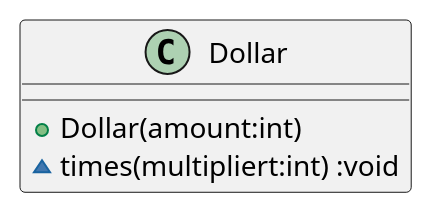
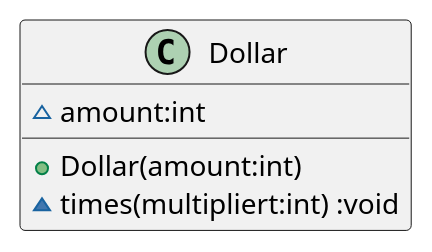
Before and after one commit to k2works/etude_for_java: the diagram in docs/src/TDD.md, drawn with PlantUML. The commit also changed other lines of this file and 5 other files, not shown here.

````diff
--- a/docs/src/TDD.md
+++ b/docs/src/TDD.md
@@ -51,6 +51,7 @@
 ```puml
 class Dollar {
+  ~amount:int
   +Dollar(amount:int)
   ~times(multipliert:int) :void
 }
 ```
````
